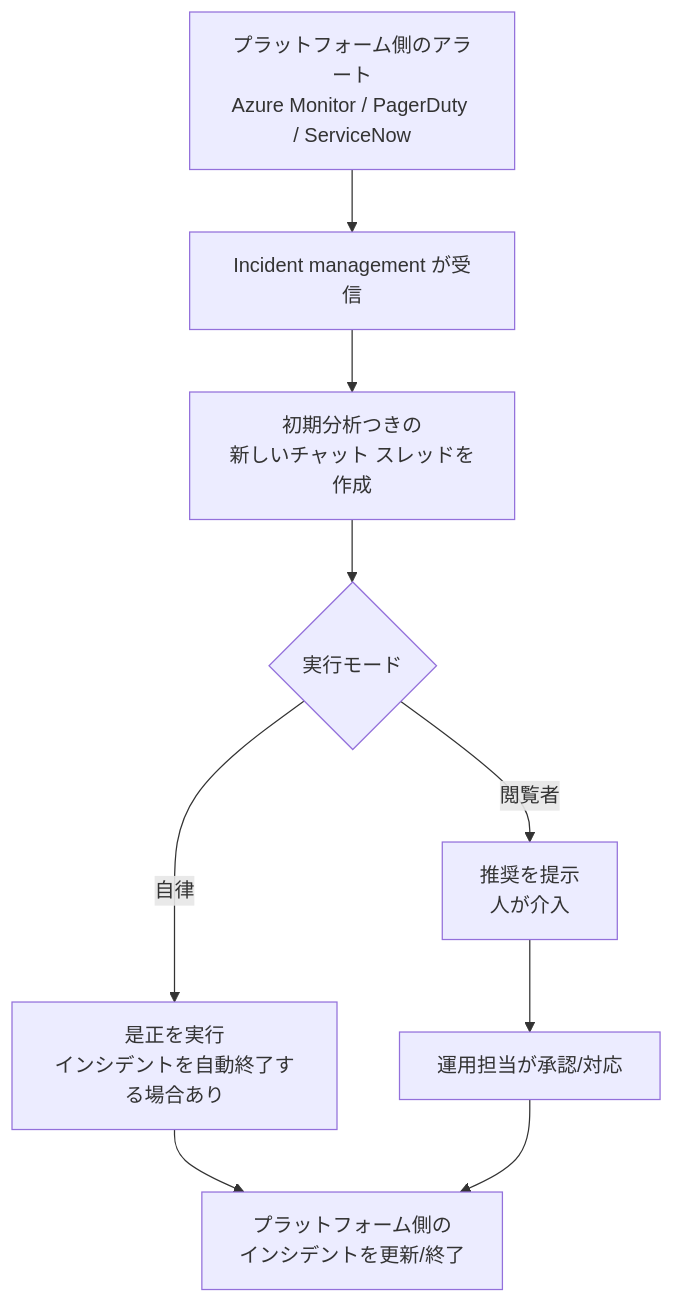
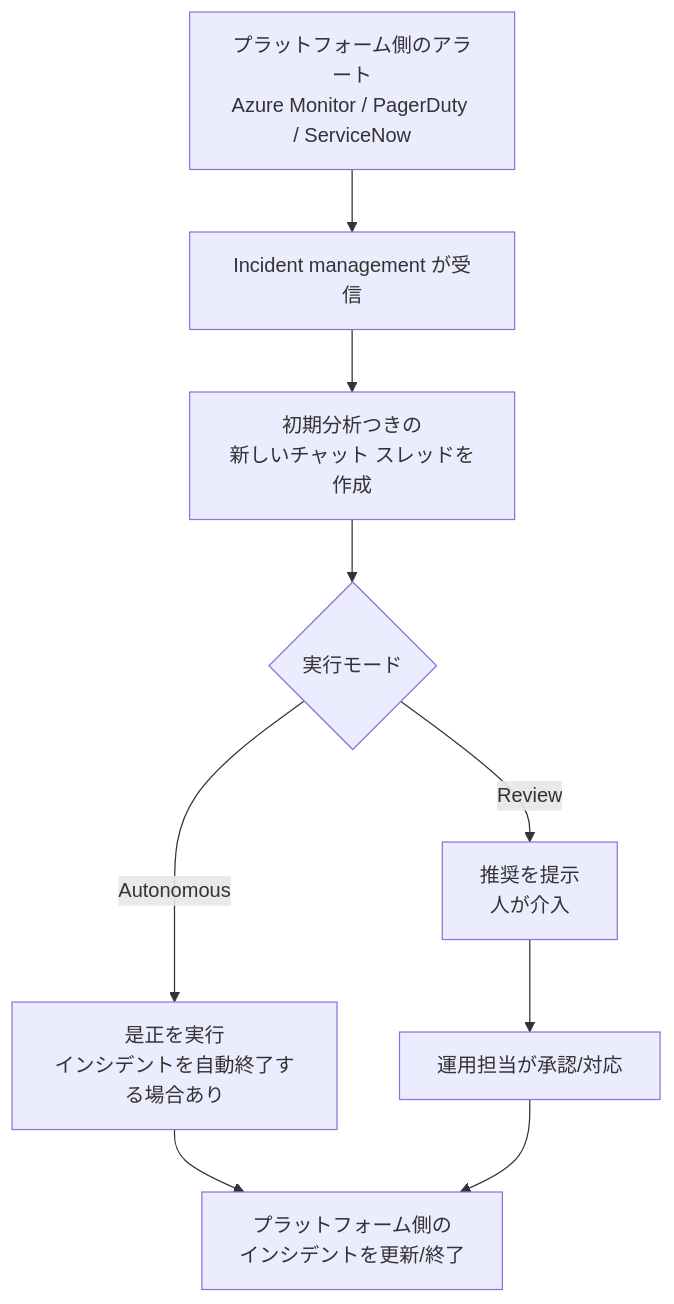
Before and after one commit to TakumiSeo/Tech-BLOG: the seventh of 12 diagrams in content/posts/ja-jp/sre-agent-planning.md, drawn with Mermaid. The commit also changed other lines of this file and 2 other files, not shown here.

````diff
--- a/content/posts/ja-jp/sre-agent-planning.md
+++ b/content/posts/ja-jp/sre-agent-planning.md
@@ -330,11 +441,11 @@
 ```mermaid
 flowchart TD
   A["プラットフォーム側のアラート\nAzure Monitor / PagerDuty / ServiceNow"] --> B["Incident management が受信"]
   B --> C["初期分析つきの\n新しいチャット スレッドを作成"]
   C --> D{"実行モード"}
-  D -->|閲覧者| V["推奨を提示\n人が介入"]
-  D -->|自律| AU["是正を実行\nインシデントを自動終了する場合あり"]
+  D -->|Review| V["推奨を提示\n人が介入"]
+  D -->|Autonomous| AU["是正を実行\nインシデントを自動終了する場合あり"]
   V --> E["運用担当が承認/対応"]
   AU --> F["プラットフォーム側の\nインシデントを更新/終了"]
   E --> F
 ```
````
